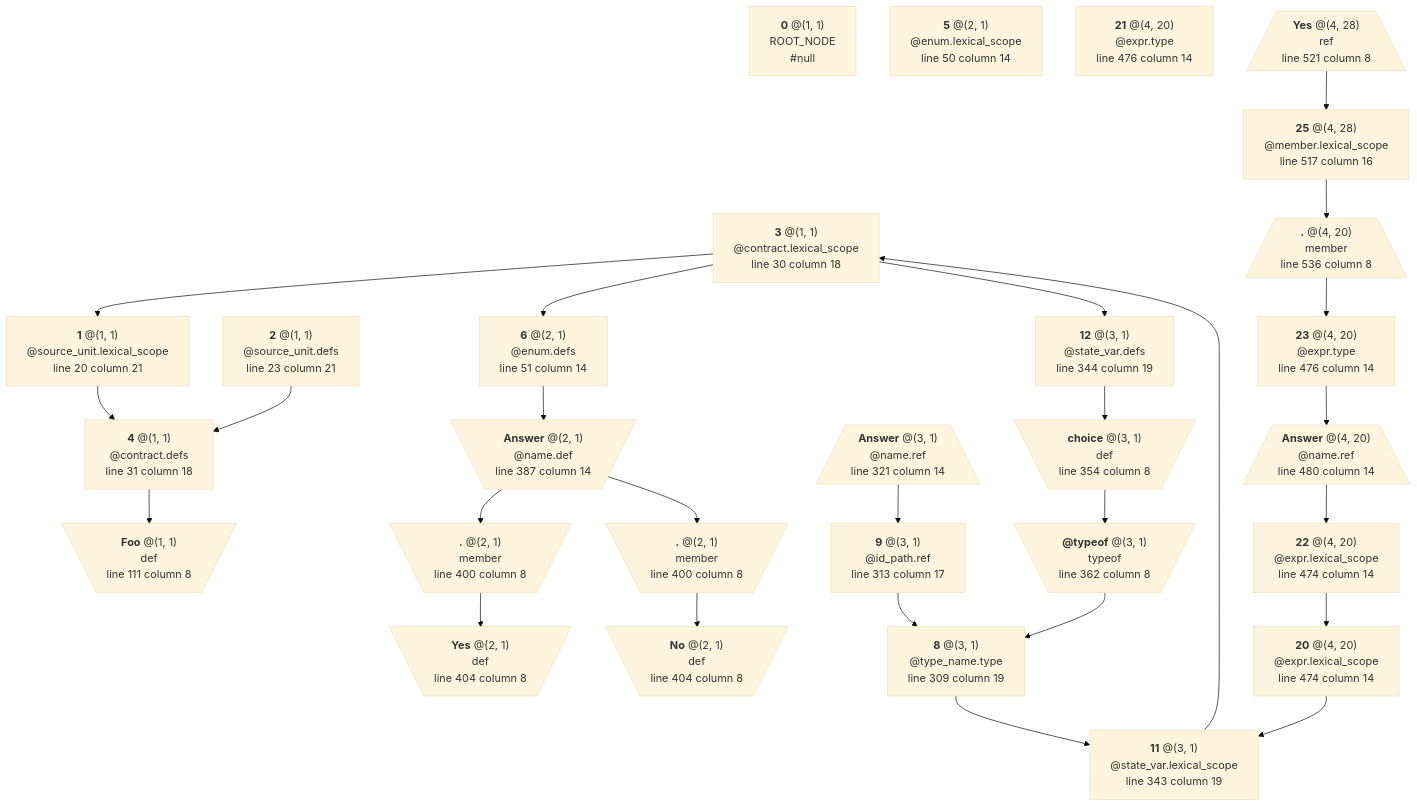
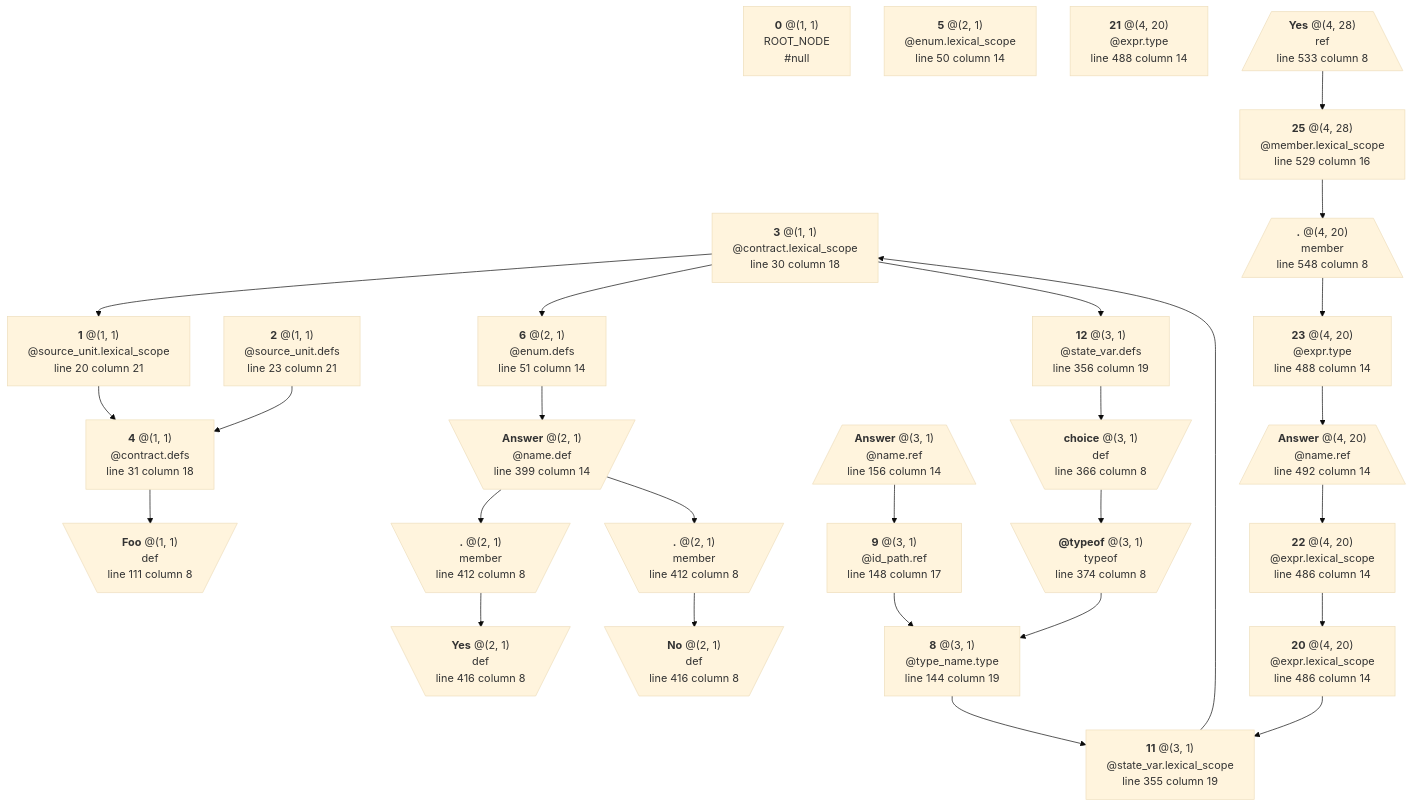
One commit to manastech/slang changed the diagram in crates/solidity/testing/snapshots/bindings_output/enums/generated/in_state_vars.sol-0.4.11.mmd. Above: the diagram before and after it, drawn with Mermaid (base theme). The commit also changed 16 other files, not shown here.

```diff
--- a/crates/solidity/testing/snapshots/bindings_output/enums/generated/in_state_vars.sol-0.4.11.mmd
+++ b/crates/solidity/testing/snapshots/bindings_output/enums/generated/in_state_vars.sol-0.4.11.mmd
@@ -1,110 +1,110 @@
 graph TD
 	N0["`**0** @(1, 1)
 ROOT_NODE
 #null`"]
 	N1["`**1** @(1, 1)
 @source_unit.lexical_scope
 line 20 column 21`"]
 	N1 --> N4
 	N2["`**2** @(1, 1)
 @source_unit.defs
 line 23 column 21`"]
 	N2 --> N4
 	N3["`**3** @(1, 1)
 @contract.lexical_scope
 line 30 column 18`"]
 	N3 --> N1
 	N3 --> N6
 	N3 --> N12
 	N4["`**4** @(1, 1)
 @contract.defs
 line 31 column 18`"]
 	N4 --> N7
 	N5["`**5** @(2, 1)
 @enum.lexical_scope
 line 50 column 14`"]
 	N6["`**6** @(2, 1)
 @enum.defs
 line 51 column 14`"]
 	N6 --> N15
 	N7[\"`**Foo** @(1, 1)
 def
 line 111 column 8`"/]
 	N8["`**8** @(3, 1)
 @type_name.type
-line 309 column 19`"]
+line 144 column 19`"]
 	N8 --> N11
 	N9["`**9** @(3, 1)
 @id_path.ref
-line 313 column 17`"]
+line 148 column 17`"]
 	N9 --> N8
 	N10[/"`**Answer** @(3, 1)
 @name.ref
-line 321 column 14`"\]
+line 156 column 14`"\]
 	N10 --> N9
 	N11["`**11** @(3, 1)
 @state_var.lexical_scope
-line 343 column 19`"]
+line 355 column 19`"]
 	N11 --> N3
 	N12["`**12** @(3, 1)
 @state_var.defs
-line 344 column 19`"]
+line 356 column 19`"]
 	N12 --> N13
 	N13[\"`**choice** @(3, 1)
 def
-line 354 column 8`"/]
+line 366 column 8`"/]
 	N13 --> N14
 	N14[\"`**@typeof** @(3, 1)
 typeof
-line 362 column 8`"/]
+line 374 column 8`"/]
 	N14 --> N8
 	N15[\"`**Answer** @(2, 1)
 @name.def
-line 387 column 14`"/]
+line 399 column 14`"/]
 	N15 --> N16
 	N15 --> N18
 	N16[\"`**.** @(2, 1)
 member
-line 400 column 8`"/]
+line 412 column 8`"/]
 	N16 --> N17
 	N17[\"`**Yes** @(2, 1)
 def
-line 404 column 8`"/]
+line 416 column 8`"/]
 	N18[\"`**.** @(2, 1)
 member
-line 400 column 8`"/]
+line 412 column 8`"/]
 	N18 --> N19
 	N19[\"`**No** @(2, 1)
 def
-line 404 column 8`"/]
+line 416 column 8`"/]
 	N20["`**20** @(4, 20)
 @expr.lexical_scope
-line 474 column 14`"]
+line 486 column 14`"]
 	N20 --> N11
 	N21["`**21** @(4, 20)
 @expr.type
-line 476 column 14`"]
+line 488 column 14`"]
 	N22["`**22** @(4, 20)
 @expr.lexical_scope
-line 474 column 14`"]
+line 486 column 14`"]
 	N22 --> N20
 	N23["`**23** @(4, 20)
 @expr.type
-line 476 column 14`"]
+line 488 column 14`"]
 	N23 --> N24
 	N24[/"`**Answer** @(4, 20)
 @name.ref
-line 480 column 14`"\]
+line 492 column 14`"\]
 	N24 --> N22
 	N25["`**25** @(4, 28)
 @member.lexical_scope
-line 517 column 16`"]
+line 529 column 16`"]
 	N25 --> N27
 	N26[/"`**Yes** @(4, 28)
 ref
-line 521 column 8`"\]
+line 533 column 8`"\]
 	N26 --> N25
 	N27[/"`**.** @(4, 20)
 member
-line 536 column 8`"\]
+line 548 column 8`"\]
 	N27 --> N23
```
